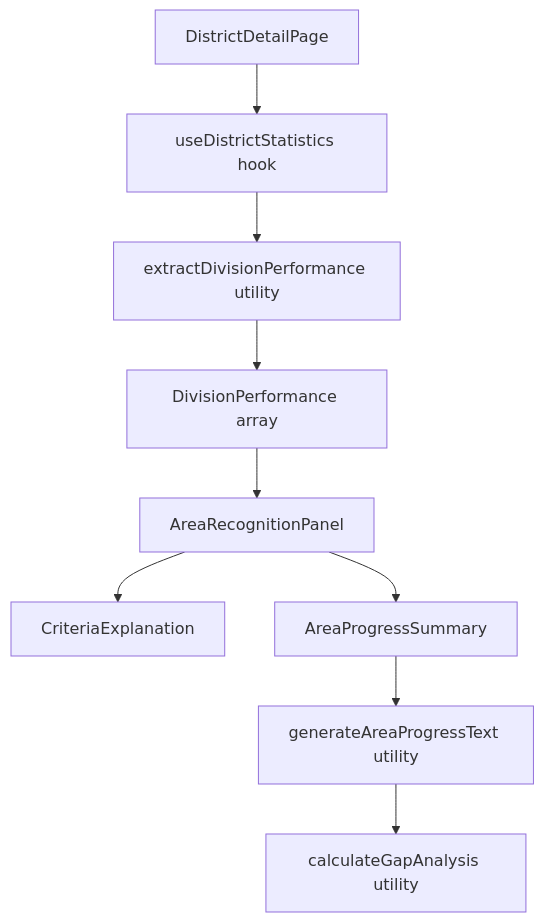
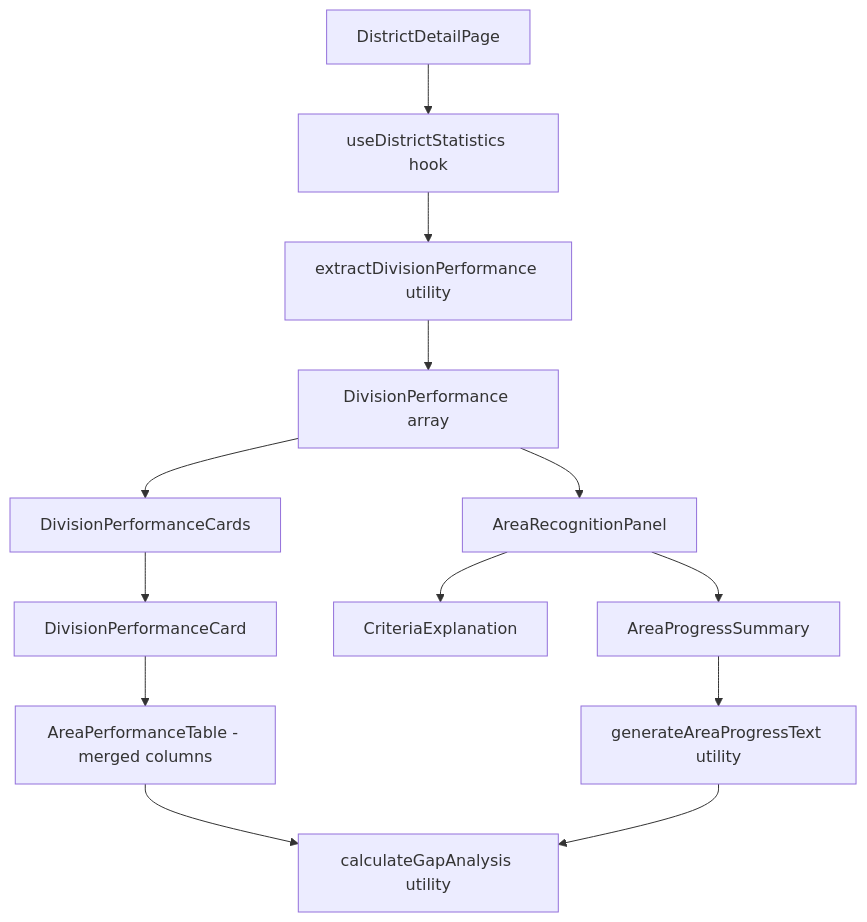
The diagram in .kiro/specs/area-distinguished-criteria/design.md (rservant/toast-stats), drawn with Mermaid before and after one commit. The commit also changed other lines of this file and 20 other files, not shown here.

First line of the commit message:
feat(area-distinguished-criteria): consolidate area metrics into performance table

````diff
--- a/.kiro/specs/area-distinguished-criteria/design.md
+++ b/.kiro/specs/area-distinguished-criteria/design.md
@@ -24,11 +31,15 @@
 ```mermaid
 graph TD
     A[DistrictDetailPage] --> B[useDistrictStatistics hook]
     B --> C[extractDivisionPerformance utility]
     C --> D[DivisionPerformance array]
-    D --> E[AreaRecognitionPanel]
-    E --> F[CriteriaExplanation]
-    E --> G[AreaProgressSummary]
-    G --> H[generateAreaProgressText utility]
-    H --> I[calculateGapAnalysis utility]
+    D --> E[DivisionPerformanceCards]
+    E --> F[DivisionPerformanceCard]
+    F --> G[AreaPerformanceTable - merged columns]
+    G --> H[calculateGapAnalysis utility]
+    D --> I[AreaRecognitionPanel]
+    I --> J[CriteriaExplanation]
+    I --> K[AreaProgressSummary]
+    K --> L[generateAreaProgressText utility]
+    L --> H
 ```
````
